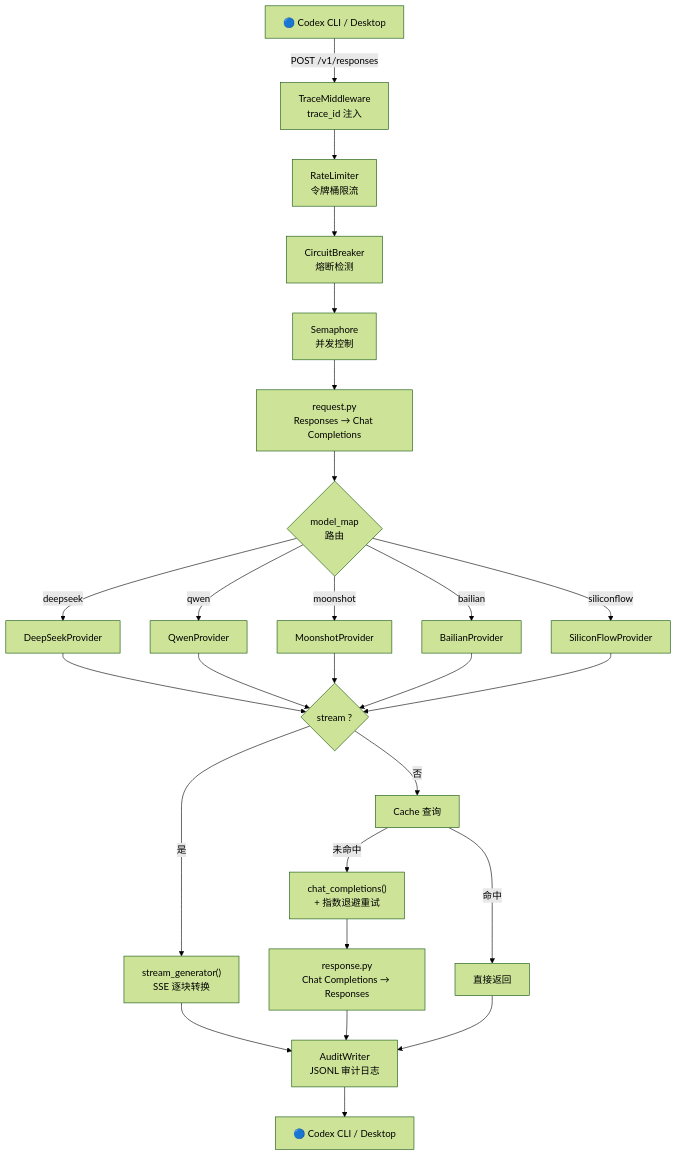
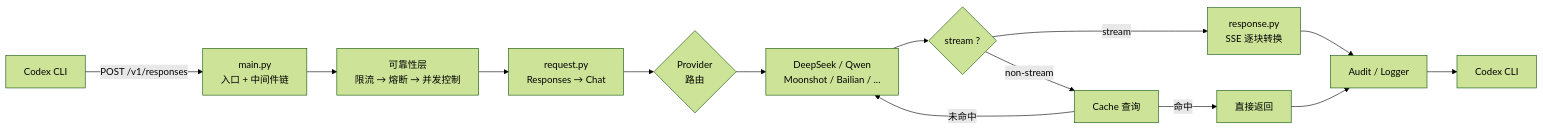
Before and after one commit to cchenbin042/codex-cli-proxy: the diagram in README.md, drawn with Mermaid (forest theme). The commit also changed other lines of this file, not shown here.

Commit message:
docs(README): 重构架构章节 — subgraph流程图 + 模块表格

````diff
--- a/README.md
+++ b/README.md
@@ -9,24 +9,16 @@
 ```mermaid
-flowchart TD
-    A["🔵 Codex CLI / Desktop"] -->|POST /v1/responses| B["TraceMiddleware<br/>trace_id 注入"]
-    B --> C["RateLimiter<br/>令牌桶限流"]
-    C --> D["CircuitBreaker<br/>熔断检测"]
-    D --> E["Semaphore<br/>并发控制"]
-    E --> F["request.py<br/>Responses → Chat Completions"]
-    F --> G{"model_map<br/>路由"}
-    G -->|deepseek| H1["DeepSeekProvider"]
-    G -->|qwen| H2["QwenProvider"]
-    G -->|moonshot| H3["MoonshotProvider"]
-    G -->|bailian| H4["BailianProvider"]
-    G -->|siliconflow| H5["SiliconFlowProvider"]
-    H1 & H2 & H3 & H4 & H5 --> I{"stream ?"}
-    I -->|是| J["stream_generator()<br/>SSE 逐块转换"]
-    I -->|否| K["Cache 查询"]
-    K -->|命中| L["直接返回"]
-    K -->|未命中| M["chat_completions()<br/>+ 指数退避重试"]
-    M --> N["response.py<br/>Chat Completions → Responses"]
-    J --> O["AuditWriter<br/>JSONL 审计日志"]
-    N --> O
-    L --> O
-    O --> P["🔵 Codex CLI / Desktop"]
+flowchart LR
+    A["Codex CLI"] -->|POST /v1/responses| B["main.py<br/>入口 + 中间件链"]
+    B --> C["可靠性层<br/>限流 → 熔断 → 并发控制"]
+    C --> D["request.py<br/>Responses → Chat"]
+    D --> E{"Provider<br/>路由"}
+    E --> F["DeepSeek / Qwen<br/>Moonshot / Bailian / ..."]
+    F --> G{"stream ?"}
+    G -->|stream| H["response.py<br/>SSE 逐块转换"]
+    G -->|non-stream| I["Cache 查询"]
+    I -->|命中| J["直接返回"]
+    I -->|未命中| F
+    H --> K["Audit / Logger"]
+    J --> K
+    K --> L["Codex CLI"]
 ```
````
